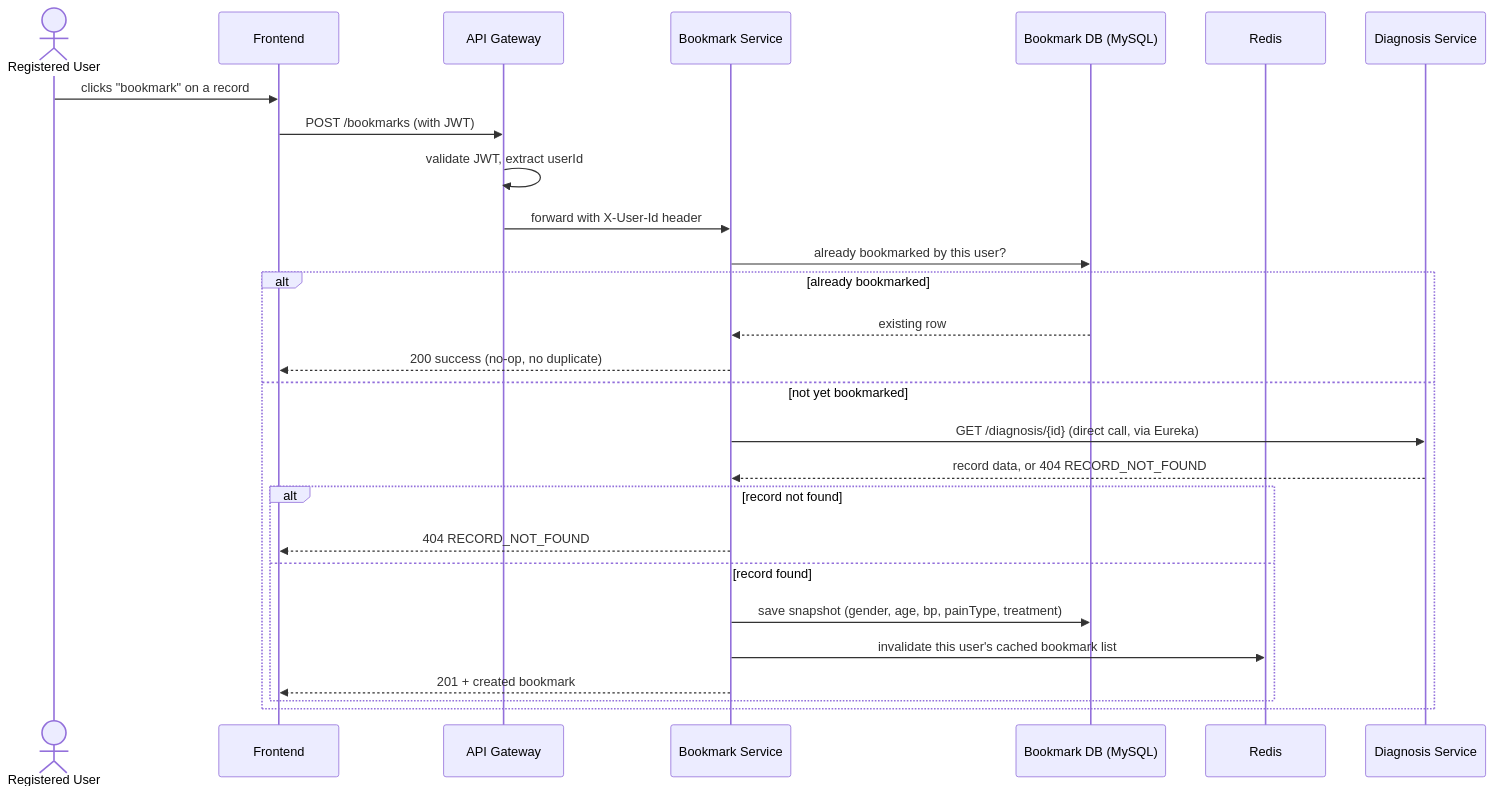
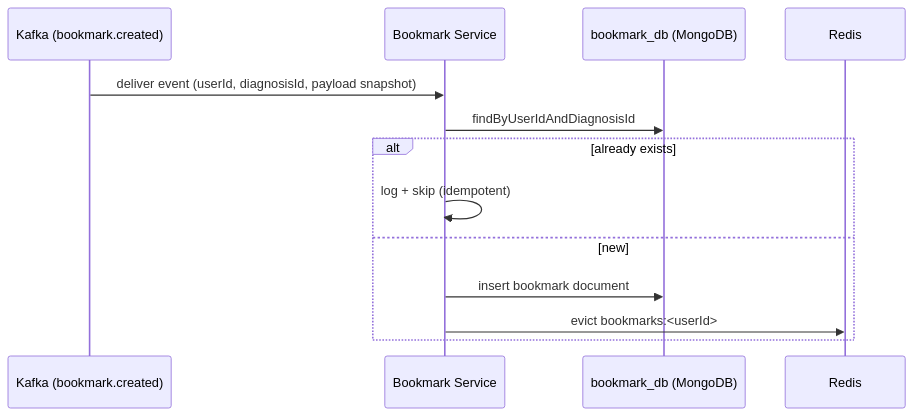
The first of 3 diagrams in docs/01-services/bookmark-service/flows.md (mathaisjustin/cardiac-diagonistics), drawn with Mermaid before and after one commit. The commit also changed other lines of this file and 29 other files, not shown here.

````diff
--- a/docs/01-services/bookmark-service/flows.md
+++ b/docs/01-services/bookmark-service/flows.md
@@ -5,33 +5,16 @@
 ```mermaid
 sequenceDiagram
-    actor U as Registered User
-    participant FE as Frontend
-    participant GW as API Gateway
+    participant K as Kafka (bookmark.created)
     participant B as Bookmark Service
-    participant DB as Bookmark DB (MySQL)
+    participant DB as bookmark_db (MongoDB)
     participant R as Redis
-    participant D as Diagnosis Service
 
-    U->>FE: clicks "bookmark" on a record
-    FE->>GW: POST /bookmarks (with JWT)
-    GW->>GW: validate JWT, extract userId
-    GW->>B: forward with X-User-Id header
-
-    B->>DB: already bookmarked by this user?
-
-    alt already bookmarked
-        DB-->>B: existing row
-        B-->>FE: 200 success (no-op, no duplicate)
-    else not yet bookmarked
-        B->>D: GET /diagnosis/{id} (direct call, via Eureka)
-        D-->>B: record data, or 404 RECORD_NOT_FOUND
-
-        alt record not found
-            B-->>FE: 404 RECORD_NOT_FOUND
-        else record found
-            B->>DB: save snapshot (gender, age, bp, painType, treatment)
-            B->>R: invalidate this user's cached bookmark list
-            B-->>FE: 201 + created bookmark
-        end
+    K->>B: deliver event (userId, diagnosisId, payload snapshot)
+    B->>DB: findByUserIdAndDiagnosisId
+    alt already exists
+        B->>B: log + skip (idempotent)
+    else new
+        B->>DB: insert bookmark document
+        B->>R: evict bookmarks:<userId>
     end
 ```
````
